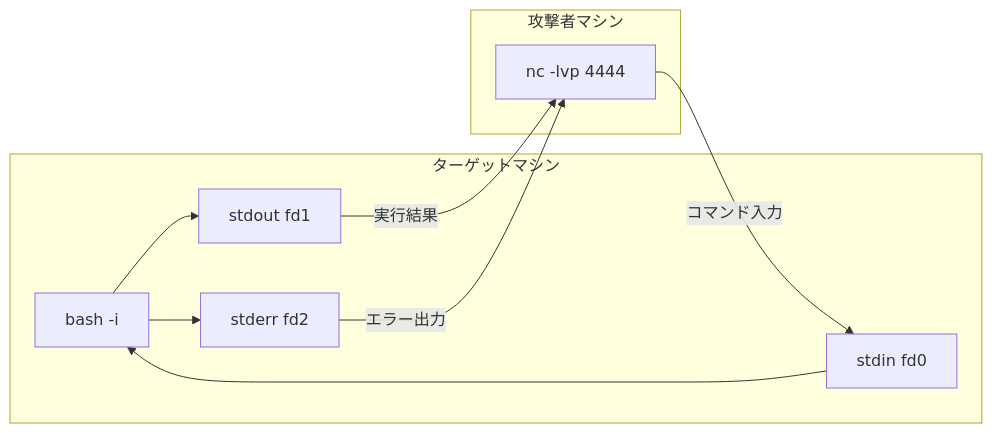
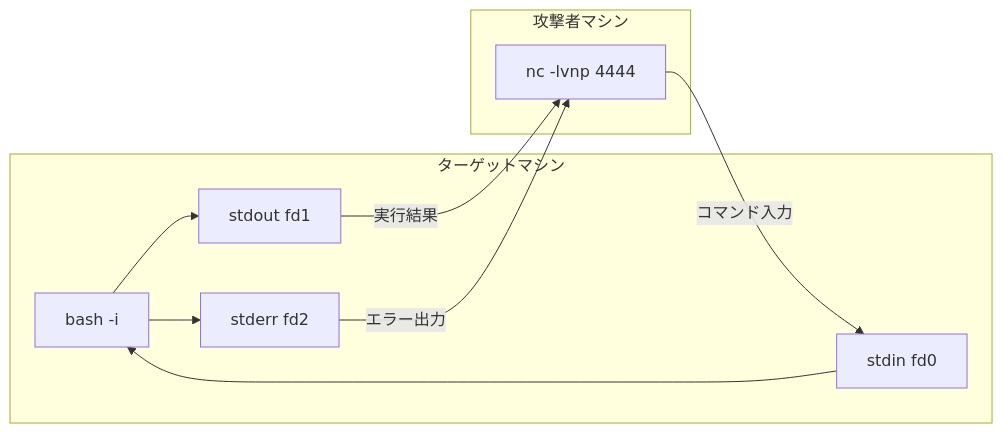
One commit to hanacus87/zenn-docs changed the first of 4 diagrams in articles/reverse_shell.md. Above: the diagram before and after it, drawn with Mermaid. The commit also changed other lines of this file, not shown here.

````diff
--- a/articles/reverse_shell.md
+++ b/articles/reverse_shell.md
@@ -32,20 +32,20 @@
 ```mermaid
 flowchart LR
     subgraph target [ターゲットマシン]
         bash[bash -i]
         stdin[stdin fd0]
         stdout[stdout fd1]
         stderr[stderr fd2]
     end
 
     subgraph attacker [攻撃者マシン]
-        nc[nc -lvp 4444]
+        nc[nc -lvnp 4444]
     end
 
     nc -->|コマンド入力| stdin
     stdin --> bash
     bash --> stdout
     bash --> stderr
     stdout -->|実行結果| nc
     stderr -->|エラー出力| nc
 ```
````
